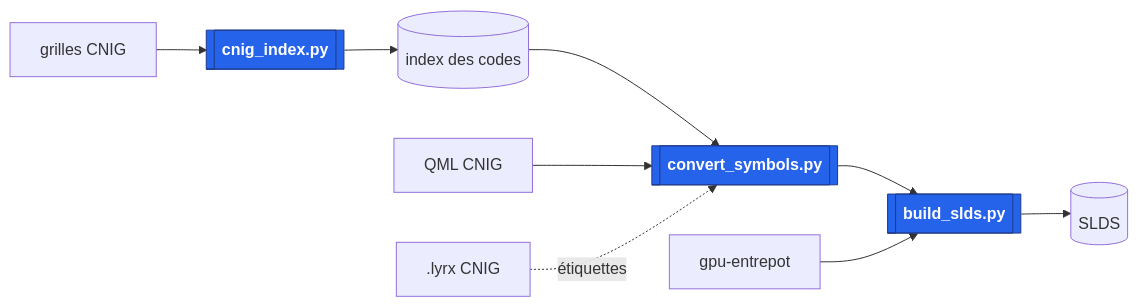
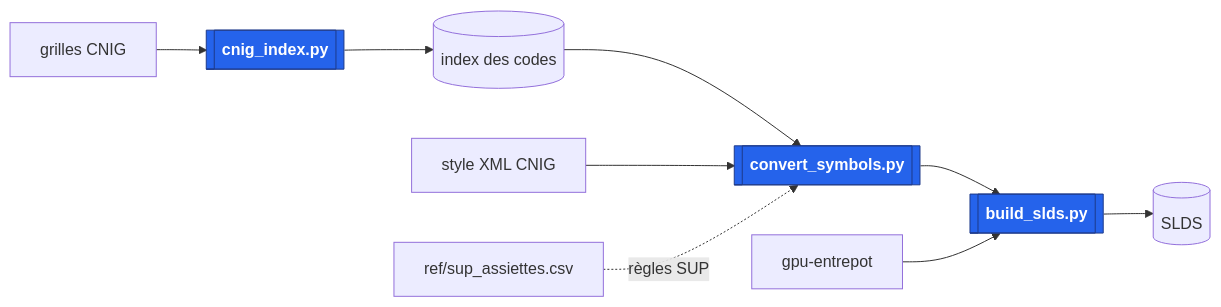
Before and after one commit to floriancerizay/sg5-to-gpu: the diagram in README.md, drawn with Mermaid. The commit also changed other lines of this file and 78 other files, not shown here.

````diff
--- a/README.md
+++ b/README.md
@@ -11,13 +11,13 @@
 ```mermaid
 flowchart LR
   G[grilles CNIG] --> I[[cnig_index.py]] --> IDX[(index des codes)]
   IDX --> C[[convert_symbols.py]]
-  Q[QML CNIG] --> C
-  L[.lyrx CNIG] -. étiquettes .-> C
+  X[style XML CNIG] --> C
+  T[ref/sup_assiettes.csv] -. règles SUP .-> C
   C --> B[[build_slds.py]]
   P[gpu-entrepot] --> B
   B --> OUT[(SLDS)]
 
   classDef script fill:#2563eb,stroke:#1e3a8a,color:#fff,font-weight:bold
   class I,C,B script
 ```
````
